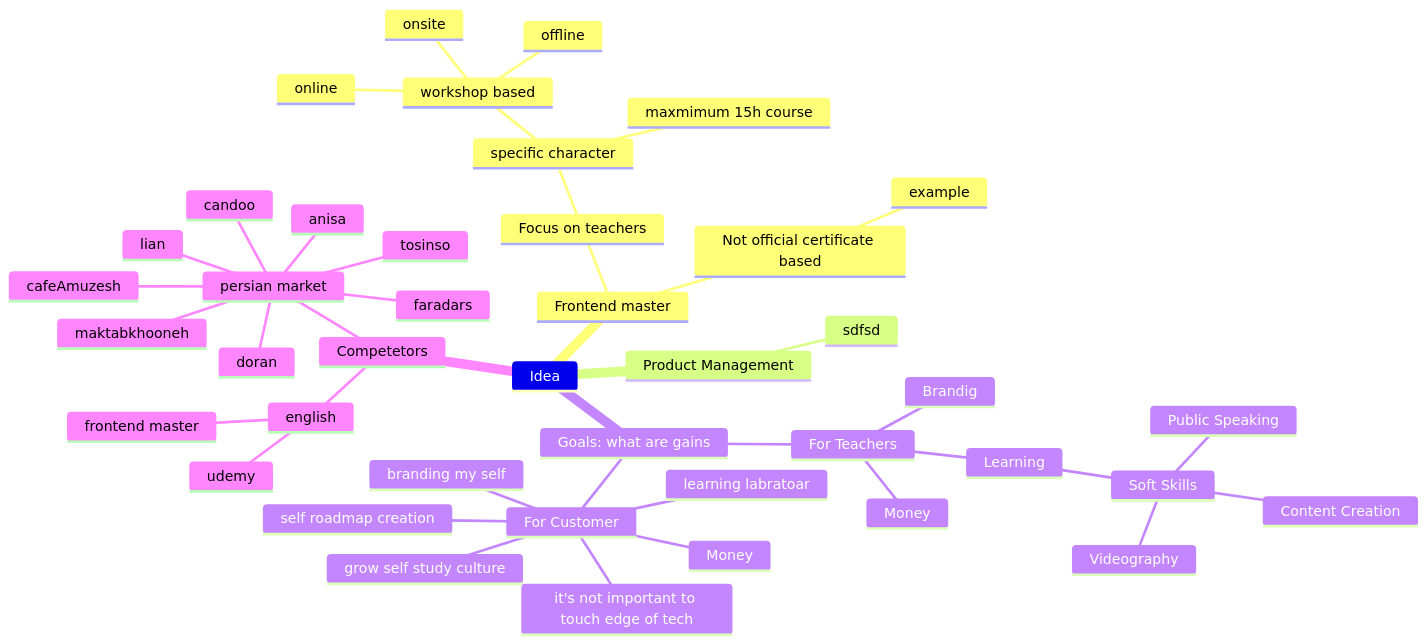
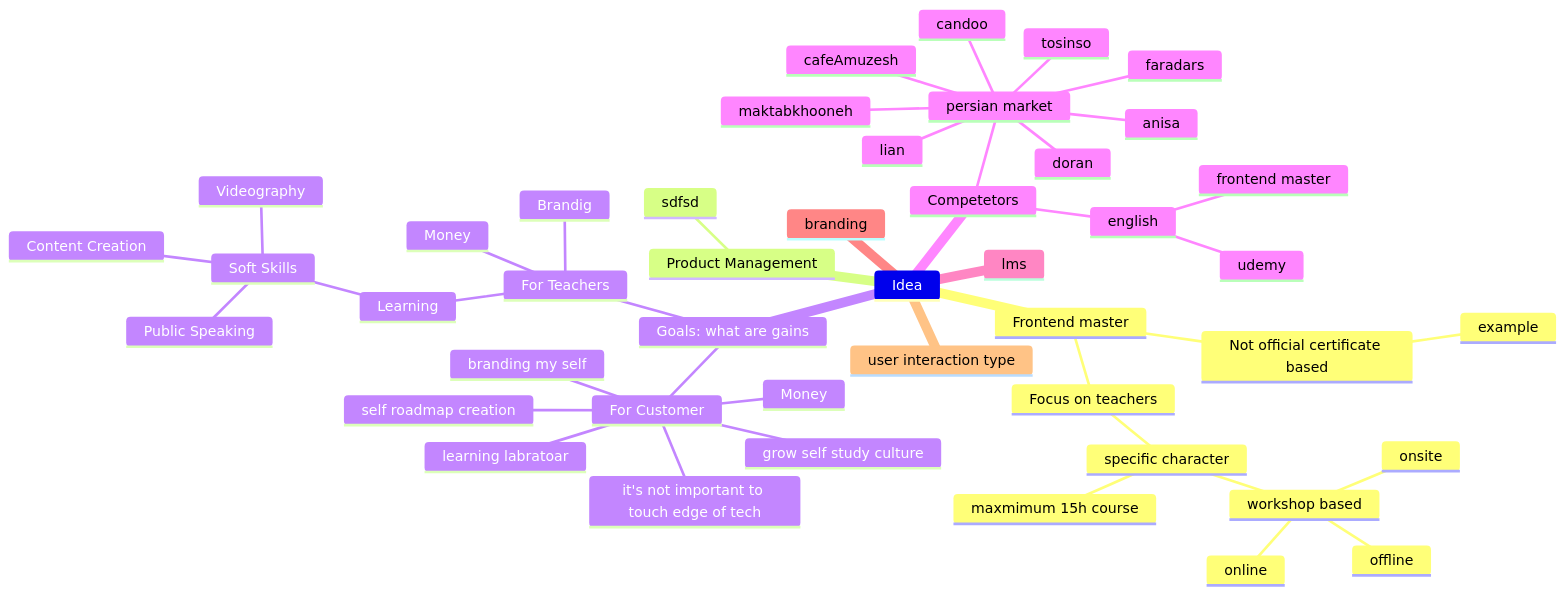
Before and after one commit to sinuxnet/test-idea: the diagram in 1.md, drawn with Mermaid. The commit also changed 1 other file, not shown here.

Commit message:
Add Phase to clear our roadmap
modified 1.md: add
add 4 phases with some inner phase declaration

````diff
--- a/1.md
+++ b/1.md
@@ -5,51 +5,57 @@
 ```mermaid
 
 mindmap
 Idea
     Frontend master
     	Not official certificate based
     		example
     	Focus on teachers
     		specific character
         workshop based
         	online
         	onsite
         	offline
         maxmimum 15h course
     Product Management
     	sdfsd
     Goals: what are gains
     	For Teachers
     		Money
     		Brandig
     		Learning
     			Soft Skills
     				Public Speaking
     				Content Creation
     				Videography
     	For Customer
     		Money
     		grow self study culture
     		it's not important to touch edge of tech
     		learning labratoar
     		self roadmap creation
     		branding my self
     Competetors
     	persian market
     		maktabkhooneh
     		faradars
     		cafeAmuzesh
     		tosinso
     		anisa
     		candoo
     		lian
     		doran
     	english
     		frontend master
     		udemy
+    lms
+    branding
+    user interaction type
+    
+    
+    
     		
     	
     
     
       
 ```
````
